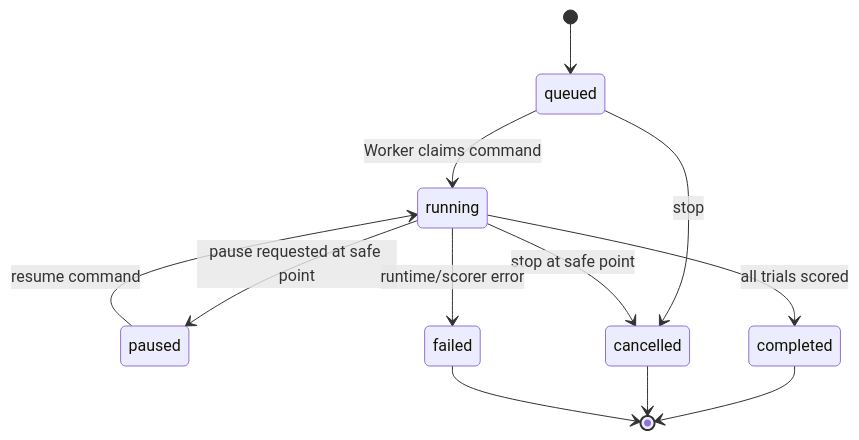
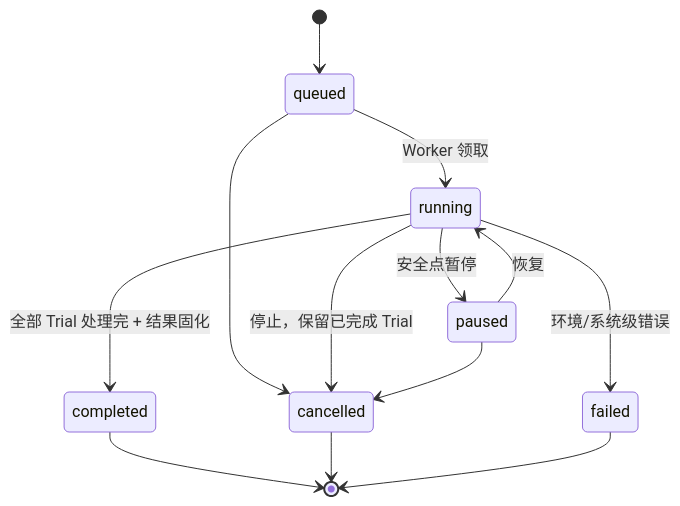
The fourth of 4 diagrams in docs/backend-architecture.md (iceSheep2003/agent-eval-platform), drawn with Mermaid before and after one commit. The commit also changed other lines of this file and 3 other files, not shown here.

First line of the commit message:
docs: 新增后端设计文档（架构 / 契约 / 运行时 / 路线图）

````diff
--- a/docs/backend-architecture.md
+++ b/docs/backend-architecture.md
@@ -68,14 +688,15 @@
 ```mermaid
 stateDiagram-v2
     [*] --> queued
-    queued --> running: Worker claims command
-    running --> paused: pause requested at safe point
-    paused --> running: resume command
-    running --> completed: all trials scored
-    queued --> cancelled: stop
-    running --> cancelled: stop at safe point
-    running --> failed: runtime/scorer error
+    queued --> running: Worker 领取
+    running --> paused: 安全点暂停
+    paused --> running: 恢复
+    running --> completed: 全部 Trial 处理完 + 结果固化
+    queued --> cancelled
+    running --> cancelled: 停止，保留已完成 Trial
+    paused --> cancelled
+    running --> failed: 环境/系统级错误
     completed --> [*]
     cancelled --> [*]
     failed --> [*]
 ```
````
